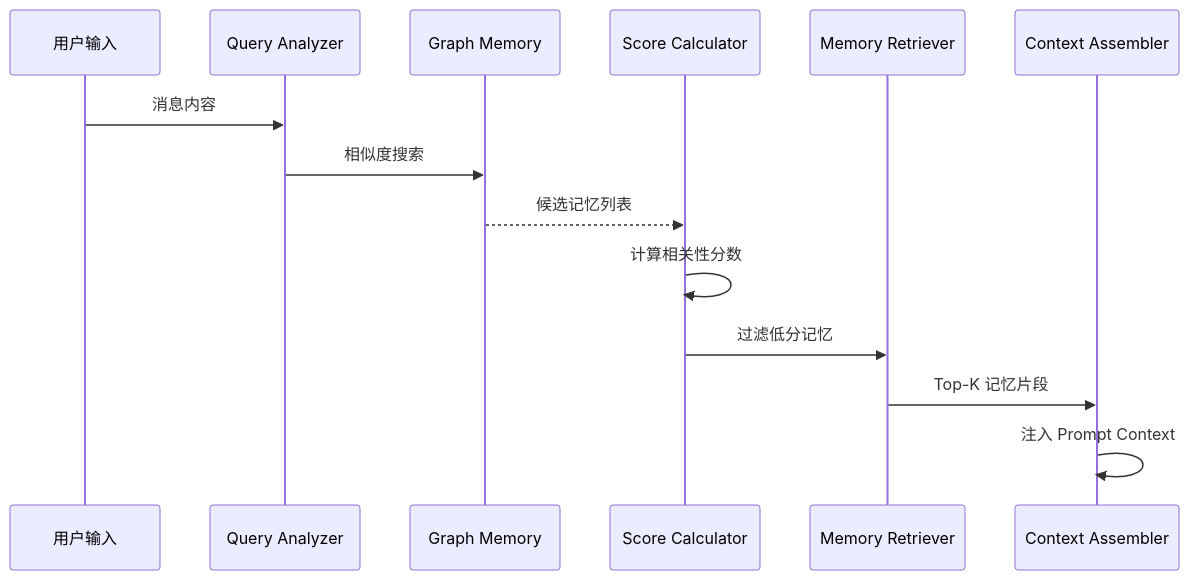
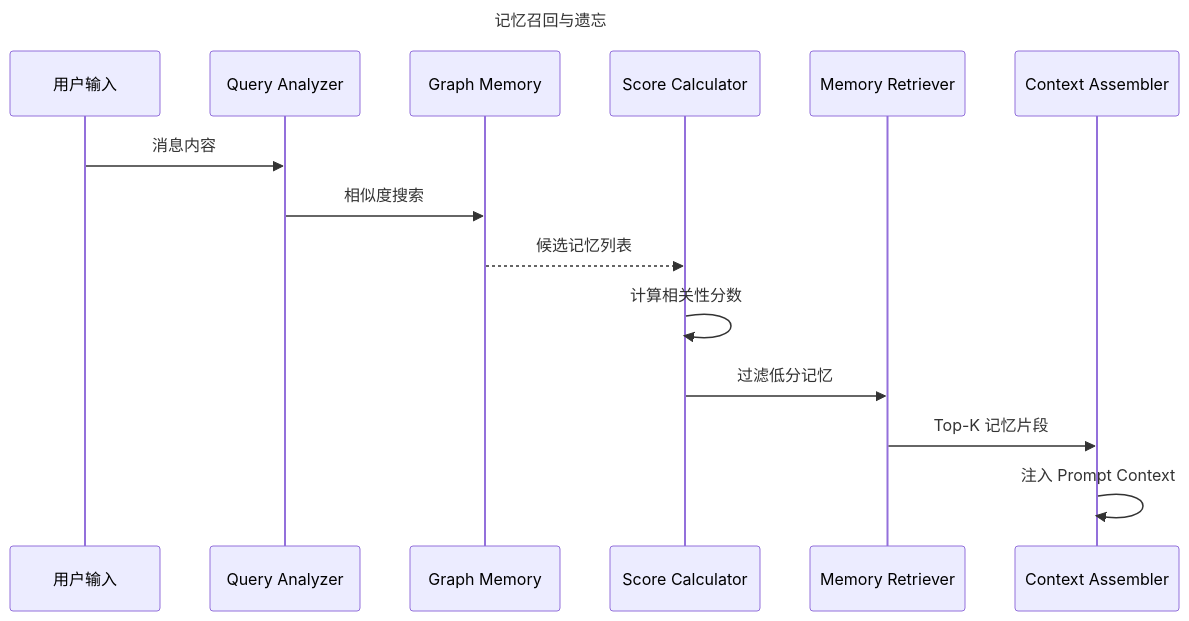
The ninth of 15 diagrams in docs/06-data-flow.md (Taotie2002/claude-code-deep-dive), drawn with Mermaid before and after one commit. The commit also changed other lines of this file and 12 other files, not shown here.

````diff
--- a/docs/06-data-flow.md
+++ b/docs/06-data-flow.md
@@ -193,17 +217,20 @@
 ```mermaid
+---
+title: 记忆召回与遗忘
+---
 sequenceDiagram
     participant U as 用户输入
     participant QA as Query Analyzer
     participant GM as Graph Memory
     participant SC as Score Calculator
     participant MR as Memory Retriever
     participant C as Context Assembler
 
     U->>QA: 消息内容
     QA->>GM: 相似度搜索
     GM-->>SC: 候选记忆列表
     SC->>SC: 计算相关性分数
     SC->>MR: 过滤低分记忆
     MR->>C: Top-K 记忆片段
     C->>C: 注入 Prompt Context
 ```
````
